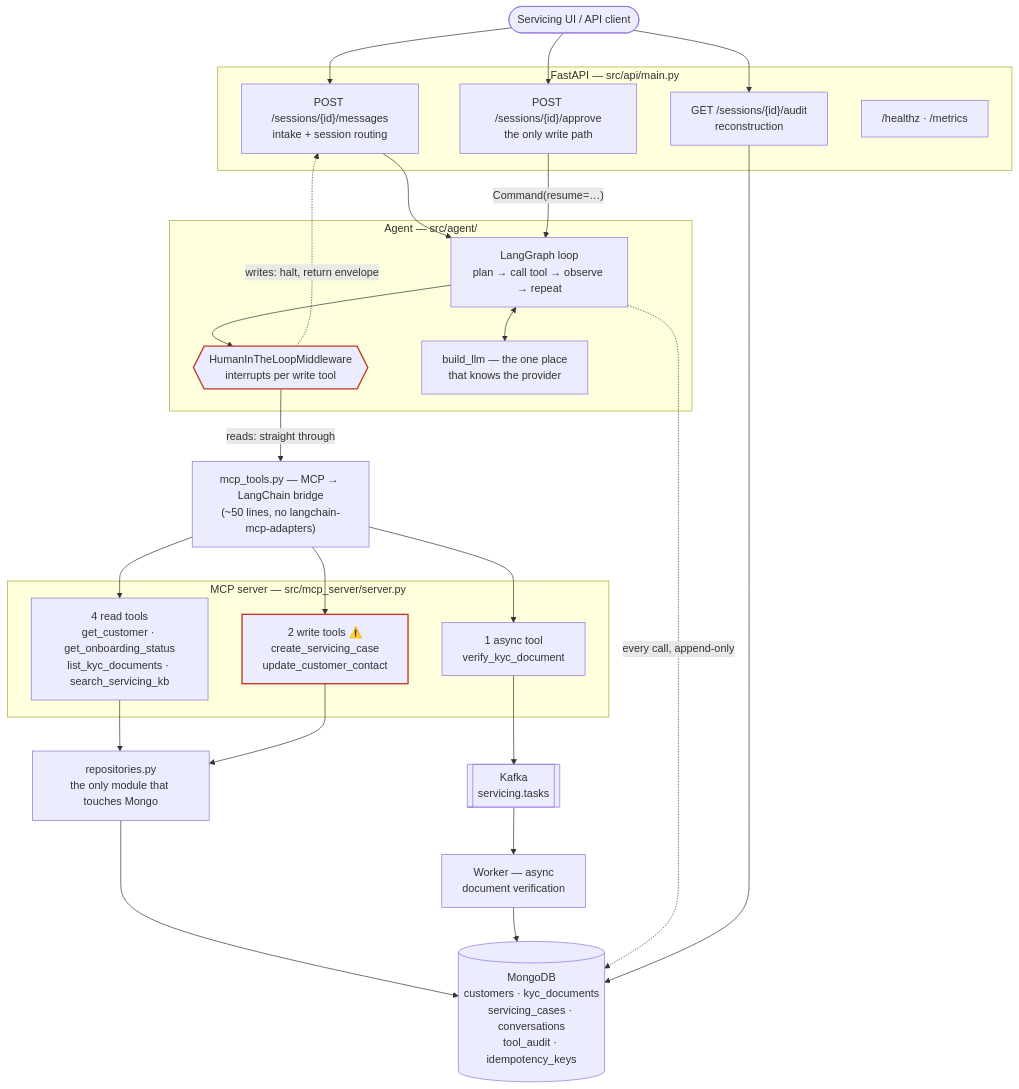
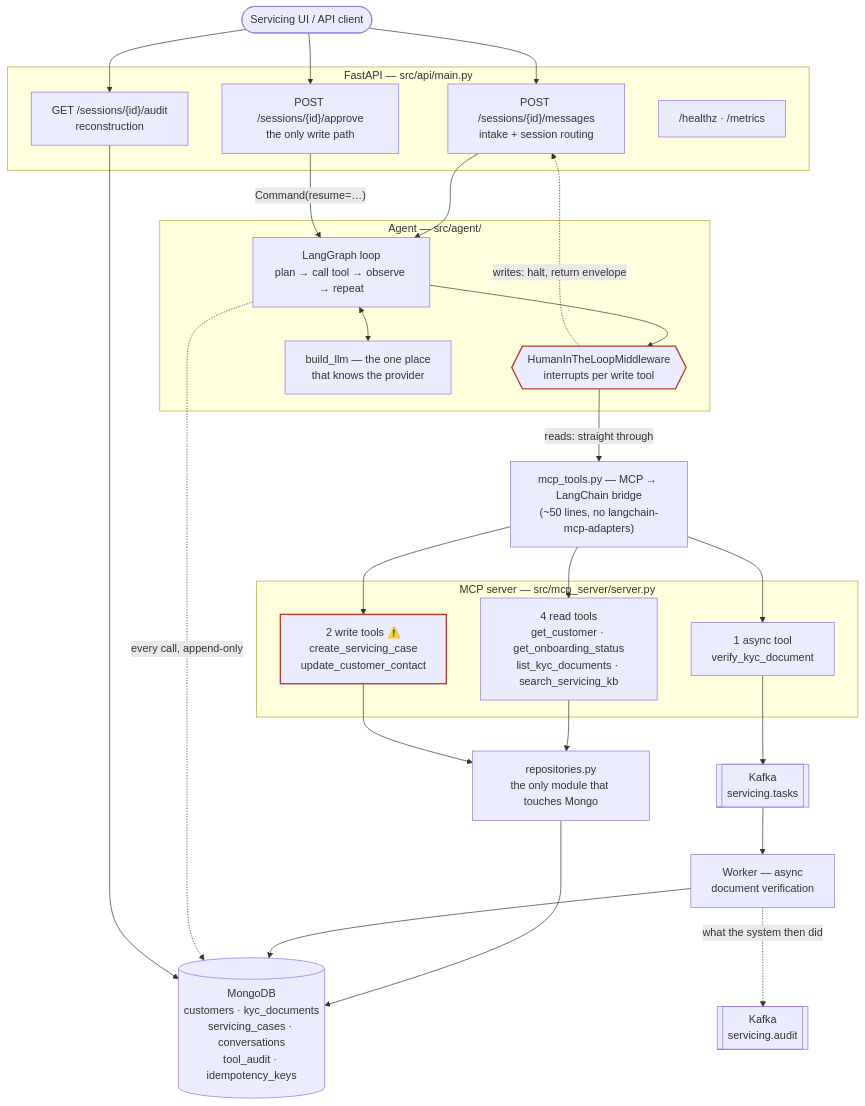
Before and after one commit to pappukrs/kyc-service-agent: the first of 4 diagrams in docs/architecture.md, drawn with Mermaid. The commit also changed other lines of this file and 13 other files, not shown here.

````diff
--- a/docs/architecture.md
+++ b/docs/architecture.md
@@ -12,48 +12,50 @@
 ```mermaid
 flowchart TB
     client([Servicing UI / API client])
 
     subgraph api["FastAPI — src/api/main.py"]
         intake["POST /sessions/{id}/messages<br/>intake + session routing"]
         approve["POST /sessions/{id}/approve<br/>the only write path"]
         trail["GET /sessions/{id}/audit<br/>reconstruction"]
         ops["/healthz · /metrics"]
     end
 
     subgraph agent["Agent — src/agent/"]
         loop["LangGraph loop<br/>plan → call tool → observe → repeat"]
         gate{{"HumanInTheLoopMiddleware<br/>interrupts per write tool"}}
         llm["build_llm — the one place<br/>that knows the provider"]
     end
 
     bridge["mcp_tools.py — MCP → LangChain bridge<br/>(~50 lines, no langchain-mcp-adapters)"]
 
     subgraph mcp["MCP server — src/mcp_server/server.py"]
         reads["4 read tools<br/>get_customer · get_onboarding_status<br/>list_kyc_documents · search_servicing_kb"]
         async_tool["1 async tool<br/>verify_kyc_document"]
         writes["2 write tools ⚠️<br/>create_servicing_case<br/>update_customer_contact"]
     end
 
     repos["repositories.py<br/>the only module that touches Mongo"]
 
     mongo[("MongoDB<br/>customers · kyc_documents<br/>servicing_cases · conversations<br/>tool_audit · idempotency_keys")]
     kafka[["Kafka<br/>servicing.tasks"]]
     worker["Worker — async<br/>document verification"]
+    events[["Kafka<br/>servicing.audit"]]
 
     client --> intake & approve & trail
     intake --> loop
     approve -->|"Command(resume=…)"| loop
     loop <--> llm
     loop --> gate
     gate -->|"reads: straight through"| bridge
     gate -.->|"writes: halt, return envelope"| intake
     bridge --> reads & async_tool & writes
     reads & writes --> repos
     repos --> mongo
     async_tool --> kafka --> worker --> mongo
+    worker -.->|"what the system then did"| events
     loop -.->|"every call, append-only"| mongo
     trail --> mongo
 
     classDef danger stroke:#c0392b,stroke-width:2px
     class writes,gate danger
 ```
````
